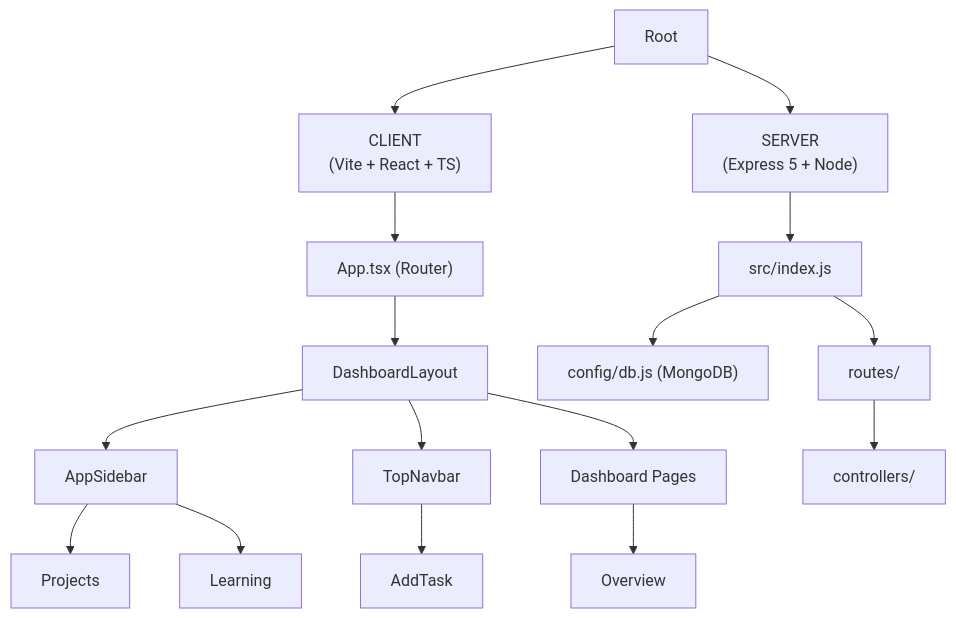
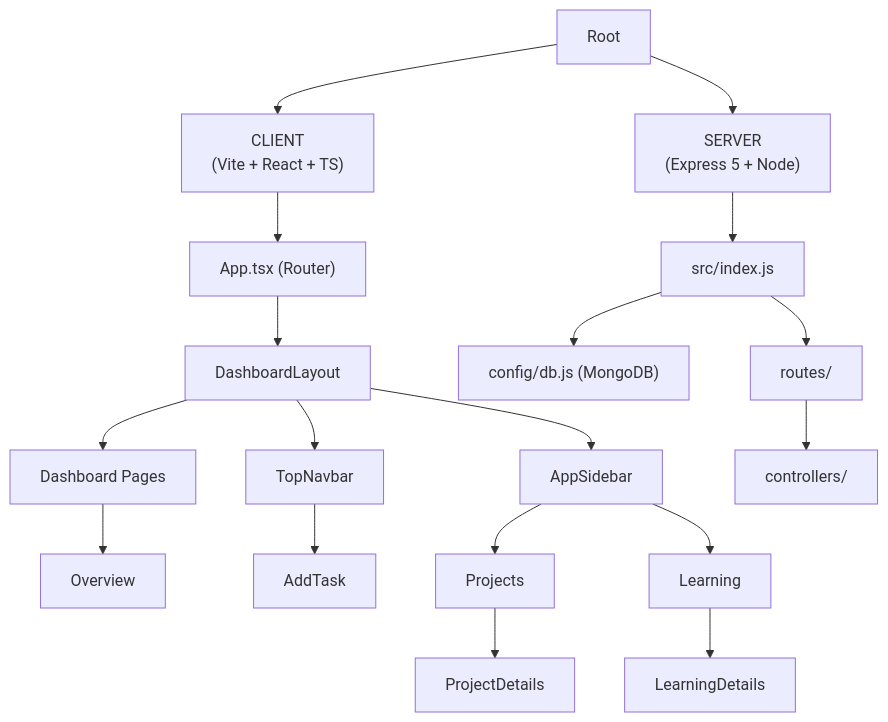
One commit to yasinarafatajad/handy changed the diagram in README.MD. Above: the diagram before and after it, drawn with Mermaid. The commit also changed other lines of this file and 7 other files, not shown here.

Commit message:
[ProjectDetails]: implement project details page with dynamic data view

````diff
--- a/README.MD
+++ b/README.MD
@@ -77,25 +79,27 @@
 ```mermaid
 flowchart TD
 
     A["Root"] 
 
     A --> B["CLIENT<br/>(Vite + React + TS)"]
     A --> C["SERVER<br/>(Express 5 + Node)"]
 
     B --> D["App.tsx (Router)"]
     D --> E["DashboardLayout"]
     E --> F["AppSidebar"]
     E --> G["TopNavbar"]
     E --> H["Dashboard Pages"]
 
     H --> H1["Overview"]
     G --> G1["AddTask"]
 
     F --> F1["Projects"]
+    F1 --> F3["ProjectDetails"]
     F --> F2["Learning"]
+    F2 --> F4["LearningDetails"]
 
     C --> J["src/index.js"]
     J --> K["config/db.js (MongoDB)"]
     J --> L["routes/"]
     L --> M["controllers/"]
 ```
````
